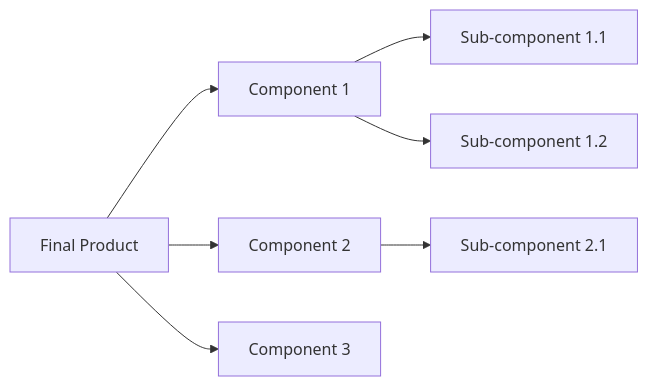
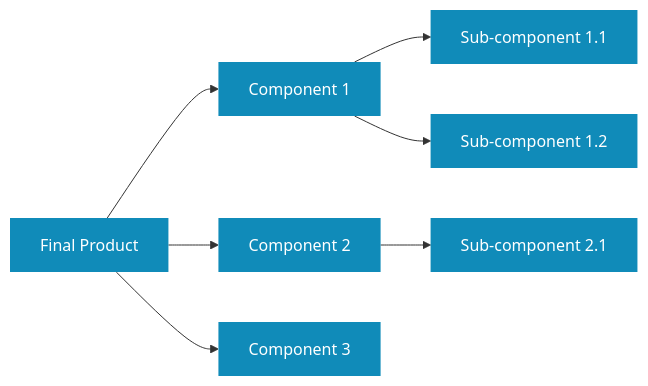
The first of 3 diagrams in _pages/projects/deliverables_wbs_pbs.md (kevinmcaleer/kevstemplates.com), drawn with Mermaid before and after one commit. The commit also changed other lines of this file and 72 other files, not shown here.

```diff
--- a/_pages/projects/deliverables_wbs_pbs.md
+++ b/_pages/projects/deliverables_wbs_pbs.md
@@ -44,9 +44,12 @@
 <div class="mermaid">
 flowchart LR
     P[Final Product] --> C1[Component 1]
     P --> C2[Component 2]
     P --> C3[Component 3]
     C1 --> S1[Sub-component 1.1]
     C1 --> S2[Sub-component 1.2]
     C2 --> S3[Sub-component 2.1]
+
+    classDef blue fill:#108BB9,stroke:none,color:#fff
+    class P,C1,C2,C3,S1,S2,S3 blue
 </div>
```
